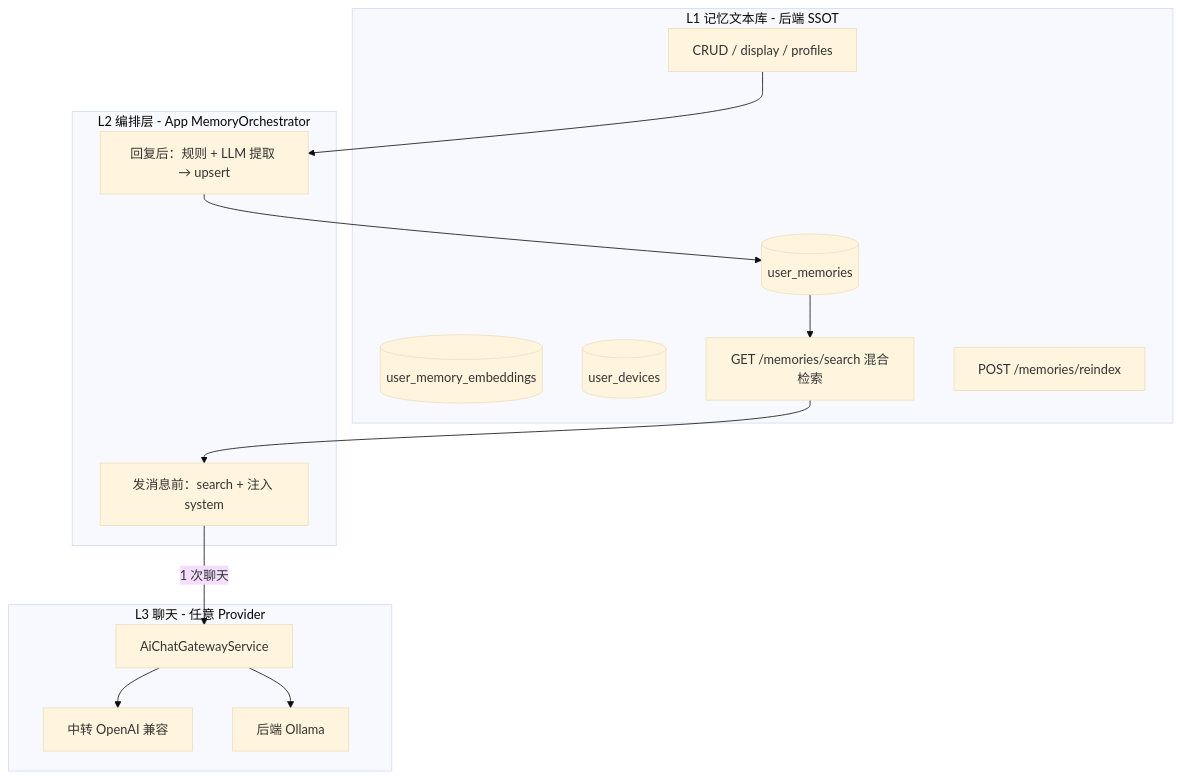
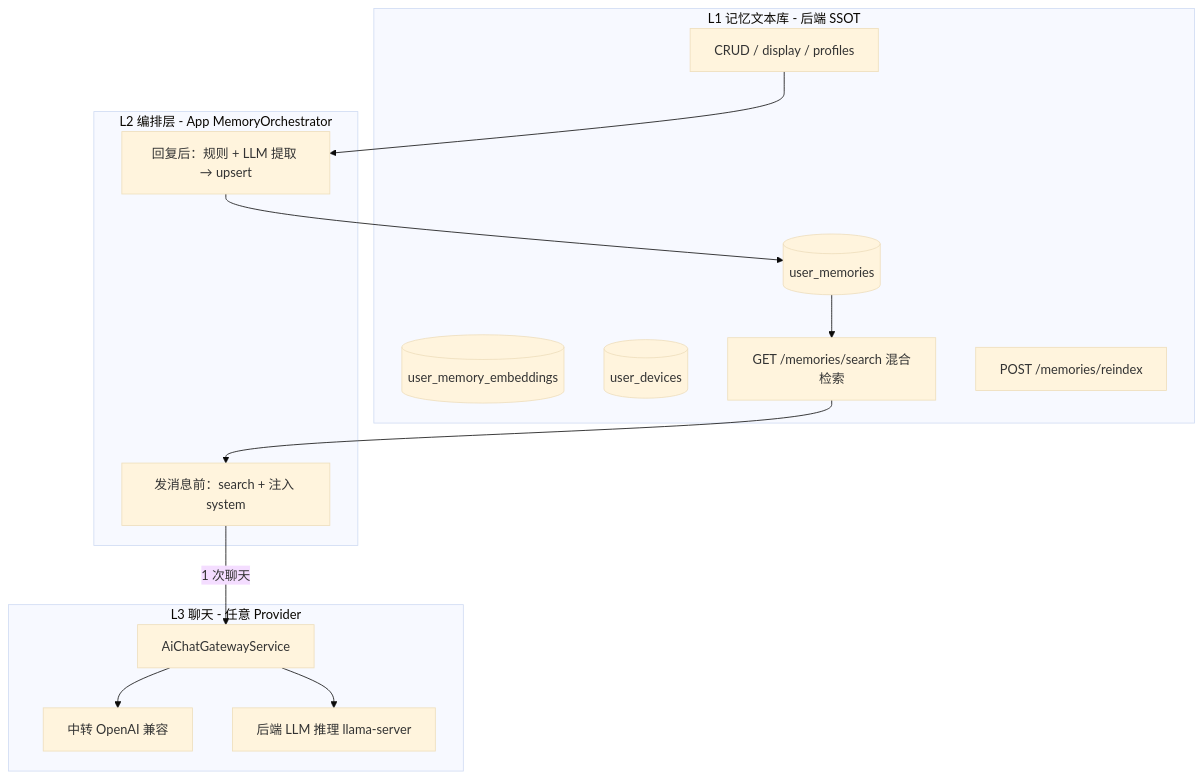
The first of 3 diagrams in docs/dev/用户记忆系统-OpenClaw式演进设计.md (xuxinzhi007/moe_social), drawn with Mermaid (base theme) before and after one commit. The commit also changed other lines of this file and 136 other files, not shown here.

````diff
--- a/docs/dev/用户记忆系统-OpenClaw式演进设计.md
+++ b/docs/dev/用户记忆系统-OpenClaw式演进设计.md
@@ -13,30 +14,30 @@
 ```mermaid
 flowchart TB
   subgraph store [L1 记忆文本库 - 后端 SSOT]
     DB[(user_memories)]
     EMB[(user_memory_embeddings)]
     DEV[(user_devices)]
     API_CRUD[CRUD / display / profiles]
     API_SEARCH["GET /memories/search 混合检索"]
     API_REINDEX["POST /memories/reindex"]
   end
 
   subgraph orchestrator [L2 编排层 - App MemoryOrchestrator]
     READ[发消息前：search + 注入 system]
     WRITE[回复后：规则 + LLM 提取 → upsert]
   end
 
   subgraph chat [L3 聊天 - 任意 Provider]
     GW[AiChatGatewayService]
     RELAY[中转 OpenAI 兼容]
-    OLLAMA[后端 Ollama]
+    INFER[后端 LLM 推理 llama-server]
   end
 
   DB --> API_SEARCH
   API_SEARCH --> READ
   API_CRUD --> WRITE
   READ -->|1 次聊天| GW
   WRITE --> DB
   GW --> RELAY
-  GW --> OLLAMA
+  GW --> INFER
 ```
````
